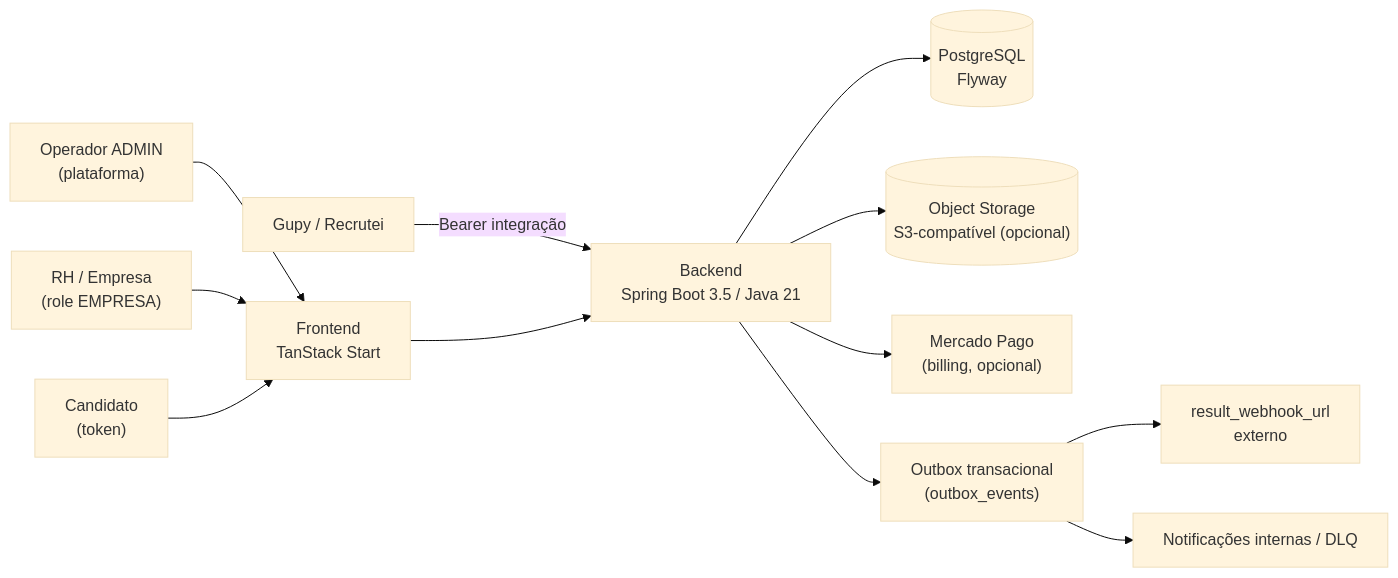
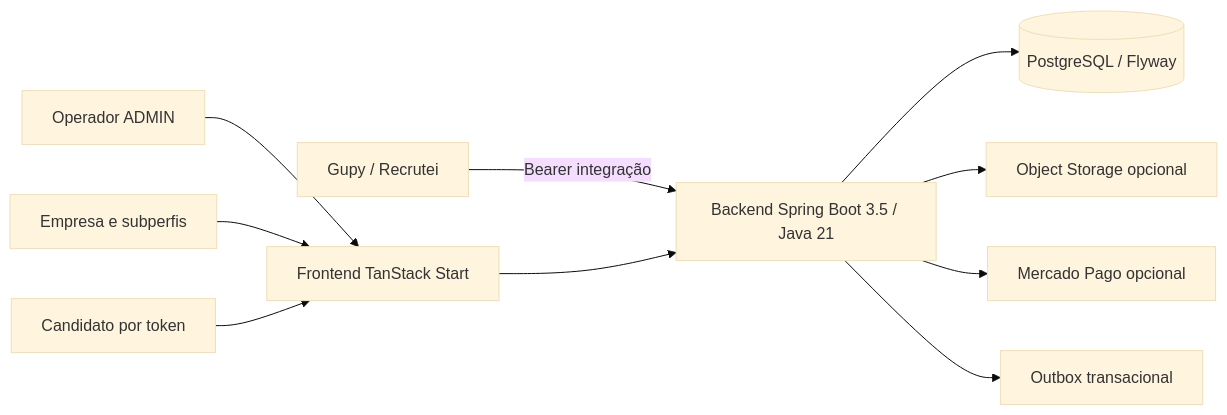
Before and after one commit to diogo2806/praxis: the diagram in docs/OPERACAO.md, drawn with Mermaid (base theme). The commit also changed other lines of this file, not shown here.

````diff
--- a/docs/OPERACAO.md
+++ b/docs/OPERACAO.md
@@ -27,14 +26,12 @@
 ```mermaid
 flowchart LR
-  ADMIN["Operador ADMIN<br/>(plataforma)"] --> FE["Frontend<br/>TanStack Start"]
-  RH["RH / Empresa<br/>(role EMPRESA)"] --> FE
-  CAND["Candidato<br/>(token)"] --> FE
-  GUPY["Gupy / Recrutei"] -->|Bearer integração| API
-  FE --> API["Backend<br/>Spring Boot 3.5 / Java 21"]
-  API --> DB[("PostgreSQL<br/>Flyway")]
-  API --> S3[("Object Storage<br/>S3-compatível (opcional)")]
-  API --> MP["Mercado Pago<br/>(billing, opcional)"]
-  API --> OUTBOX["Outbox transacional<br/>(outbox_events)"]
-  OUTBOX --> WEBHOOK["result_webhook_url<br/>externo"]
-  OUTBOX --> NOTIF["Notificações internas / DLQ"]
+  ADMIN["Operador ADMIN"] --> FE["Frontend TanStack Start"]
+  EMP["Empresa e subperfis"] --> FE
+  CAND["Candidato por token"] --> FE
+  ATS["Gupy / Recrutei"] -->|Bearer integração| API
+  FE --> API["Backend Spring Boot 3.5 / Java 21"]
+  API --> DB[("PostgreSQL / Flyway")]
+  API --> S3["Object Storage opcional"]
+  API --> MP["Mercado Pago opcional"]
+  API --> OUTBOX["Outbox transacional"]
 ```
````
